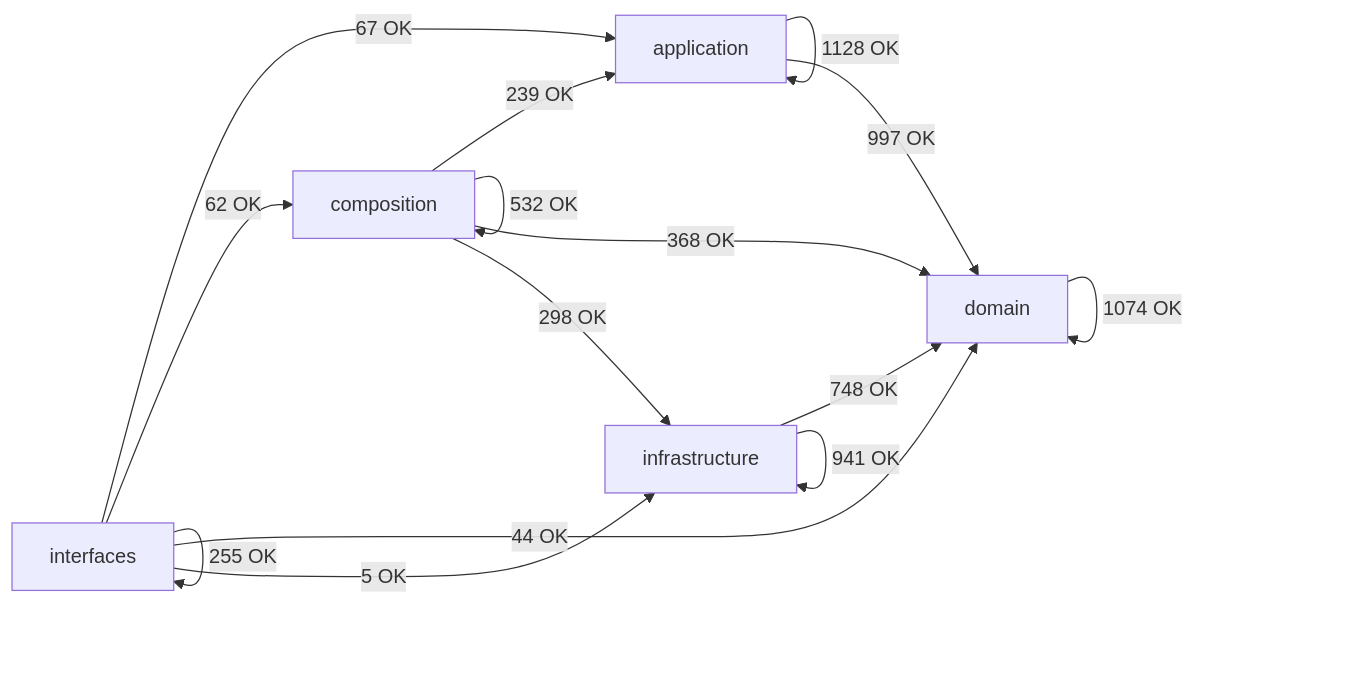
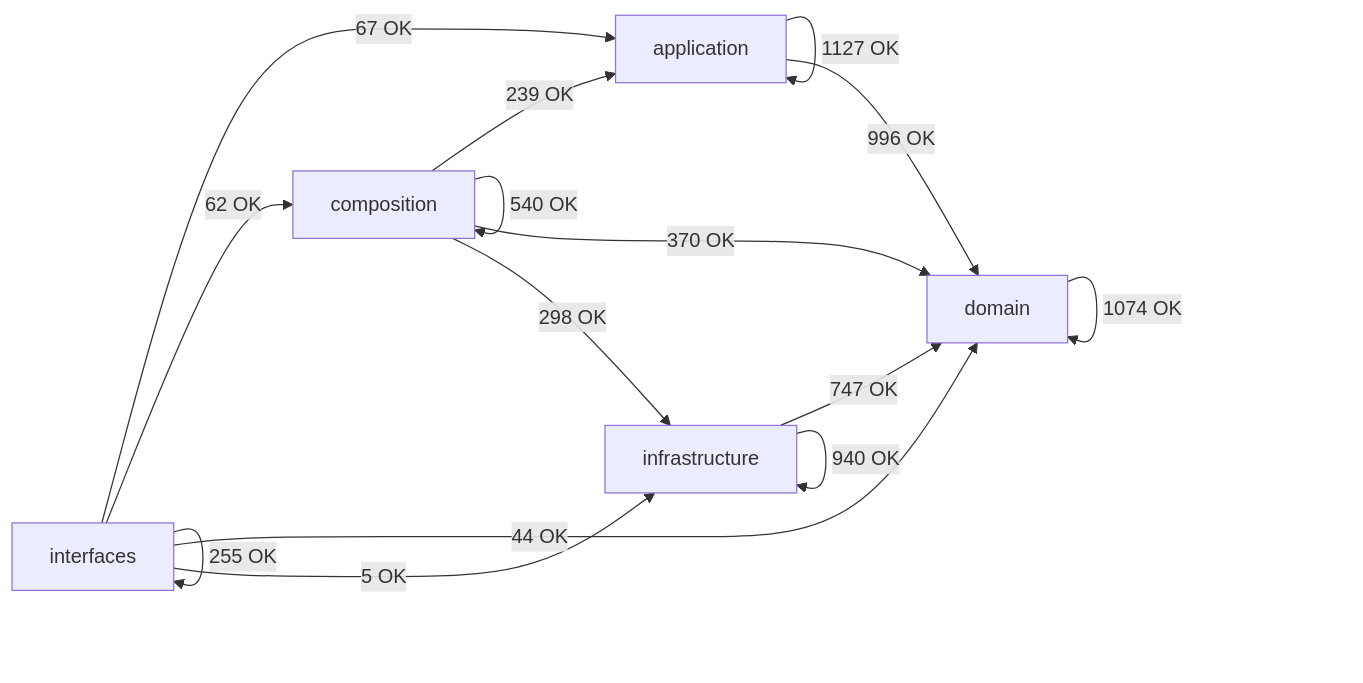
One commit to SatoryKono/BioactivityDataAcquisition changed the diagram in docs/02-architecture/generated/module-dependency-map.md. Above: the diagram before and after it, drawn with Mermaid. The commit also changed other lines of this file and 18 other files, not shown here.

````diff
--- a/docs/02-architecture/generated/module-dependency-map.md
+++ b/docs/02-architecture/generated/module-dependency-map.md
@@ -17,22 +17,22 @@
 ```mermaid
 flowchart LR
     domain[domain]
     application[application]
     infrastructure[infrastructure]
     composition[composition]
     interfaces[interfaces]
-    application -->|1128 OK| application
-    application -->|997 OK| domain
+    application -->|1127 OK| application
+    application -->|996 OK| domain
     composition -->|239 OK| application
-    composition -->|532 OK| composition
-    composition -->|368 OK| domain
+    composition -->|540 OK| composition
+    composition -->|370 OK| domain
     composition -->|298 OK| infrastructure
     domain -->|1074 OK| domain
-    infrastructure -->|748 OK| domain
-    infrastructure -->|941 OK| infrastructure
+    infrastructure -->|747 OK| domain
+    infrastructure -->|940 OK| infrastructure
     interfaces -->|67 OK| application
     interfaces -->|62 OK| composition
     interfaces -->|44 OK| domain
     interfaces -->|5 OK| infrastructure
     interfaces -->|255 OK| interfaces
 ```
````
